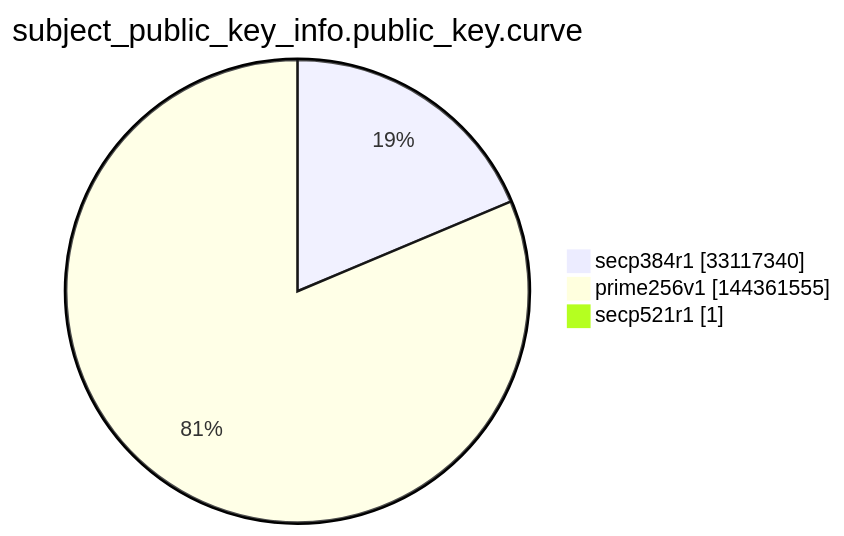
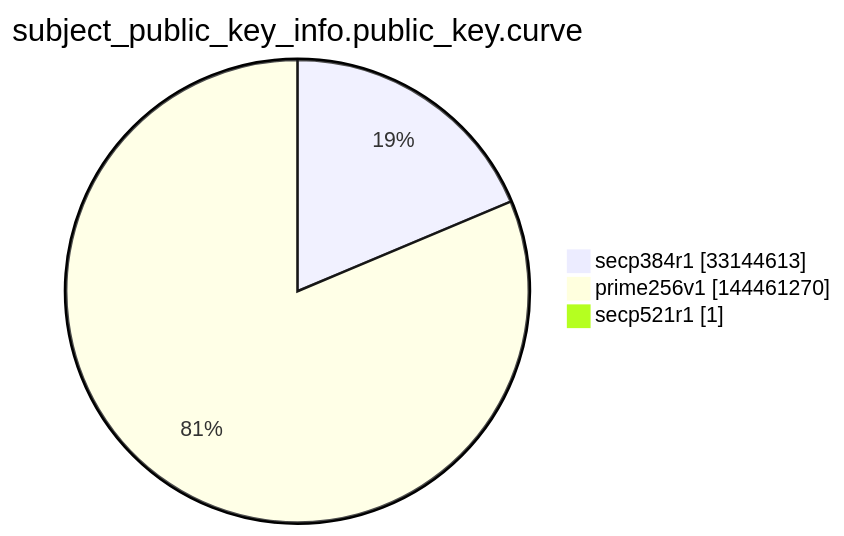
Before and after one commit to christiankrug/ctmonitor_visualization: the ninth of 15 diagrams in argon2022/README.md, drawn with Mermaid. The commit also changed other lines of this file, not shown here.

````diff
--- a/argon2022/README.md
+++ b/argon2022/README.md
@@ -2764,7 +2764,7 @@
 ```mermaid
 pie showData
 title subject_public_key_info.public_key.curve
-"secp384r1" :33117340
-"prime256v1" :144361555
+"secp384r1" :33144613
+"prime256v1" :144461270
 "secp521r1" :1
 ```
````
